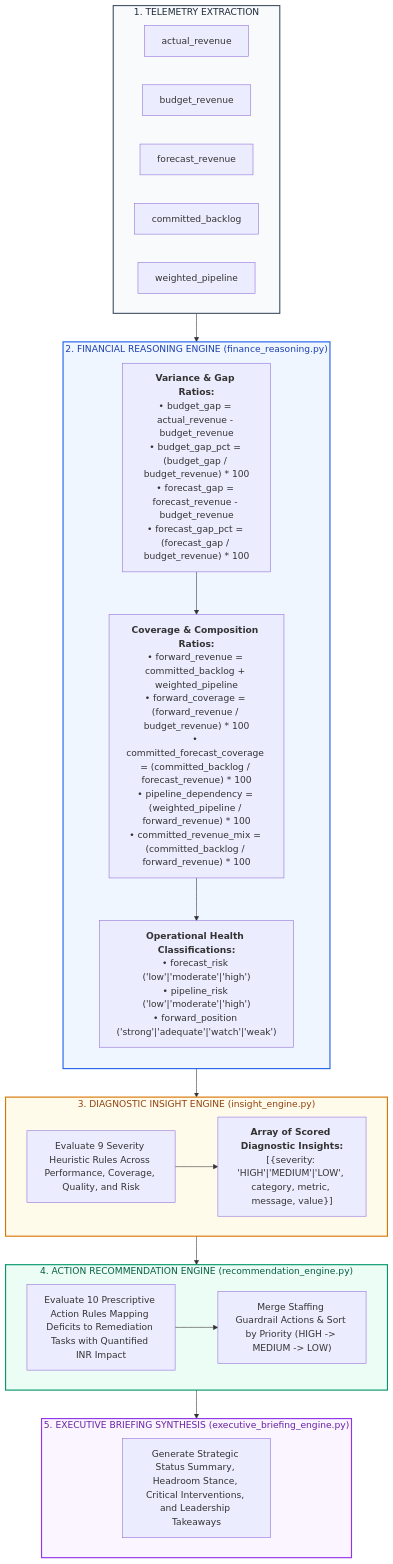
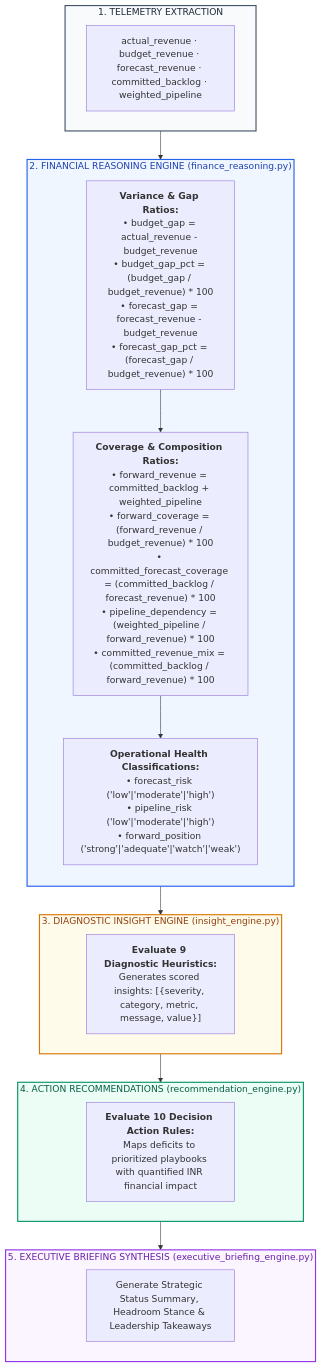
One commit to VED-VIVEK-TALMALEY/x-fin changed the first of 3 diagrams in docs/INTELLIGENCE.md. Above: the diagram before and after it, drawn with Mermaid. The commit also changed other lines of this file and 6 other files, not shown here.

````diff
--- a/docs/INTELLIGENCE.md
+++ b/docs/INTELLIGENCE.md
@@ -9,42 +9,34 @@
 ```mermaid
 flowchart TD
     subgraph S1["1. TELEMETRY EXTRACTION"]
-        T1["actual_revenue"]
-        T2["budget_revenue"]
-        T3["forecast_revenue"]
-        T4["committed_backlog"]
-        T5["weighted_pipeline"]
+        T1["actual_revenue · budget_revenue · forecast_revenue · committed_backlog · weighted_pipeline"]
     end
 
     subgraph S2["2. FINANCIAL REASONING ENGINE (finance_reasoning.py)"]
         direction TB
         R1["<b>Variance & Gap Ratios:</b><br/>• budget_gap = actual_revenue - budget_revenue<br/>• budget_gap_pct = (budget_gap / budget_revenue) * 100<br/>• forecast_gap = forecast_revenue - budget_revenue<br/>• forecast_gap_pct = (forecast_gap / budget_revenue) * 100"]
         R2["<b>Coverage & Composition Ratios:</b><br/>• forward_revenue = committed_backlog + weighted_pipeline<br/>• forward_coverage = (forward_revenue / budget_revenue) * 100<br/>• committed_forecast_coverage = (committed_backlog / forecast_revenue) * 100<br/>• pipeline_dependency = (weighted_pipeline / forward_revenue) * 100<br/>• committed_revenue_mix = (committed_backlog / forward_revenue) * 100"]
         R3["<b>Operational Health Classifications:</b><br/>• forecast_risk ('low'|'moderate'|'high')<br/>• pipeline_risk ('low'|'moderate'|'high')<br/>• forward_position ('strong'|'adequate'|'watch'|'weak')"]
         R1 --> R2 --> R3
     end
 
     subgraph S3["3. DIAGNOSTIC INSIGHT ENGINE (insight_engine.py)"]
-        I_EVAL["Evaluate 9 Severity Heuristic Rules Across Performance, Coverage, Quality, and Risk"]
-        I_SCORED["<b>Array of Scored Diagnostic Insights:</b><br/>[{severity: 'HIGH'|'MEDIUM'|'LOW', category, metric, message, value}]"]
-        I_EVAL --> I_SCORED
+        I_SCORED["<b>Evaluate 9 Diagnostic Heuristics:</b><br/>Generates scored insights: [{severity, category, metric, message, value}]"]
     end
 
-    subgraph S4["4. ACTION RECOMMENDATION ENGINE (recommendation_engine.py)"]
-        A_EVAL["Evaluate 10 Prescriptive Action Rules Mapping Deficits to Remediation Tasks with Quantified INR Impact"]
-        A_MERGE["Merge Staffing Guardrail Actions & Sort by Priority (HIGH -> MEDIUM -> LOW)"]
-        A_EVAL --> A_MERGE
+    subgraph S4["4. ACTION RECOMMENDATIONS (recommendation_engine.py)"]
+        A_REC["<b>Evaluate 10 Decision Action Rules:</b><br/>Maps deficits to prioritized playbooks with quantified INR financial impact"]
     end
 
     subgraph S5["5. EXECUTIVE BRIEFING SYNTHESIS (executive_briefing_engine.py)"]
-        B_GEN["Generate Strategic Status Summary, Headroom Stance, Critical Interventions, and Leadership Takeaways"]
+        B_GEN["Generate Strategic Status Summary, Headroom Stance & Leadership Takeaways"]
     end
 
     S1 --> S2 --> S3 --> S4 --> S5
 
     style S1 fill:#F8FAFC,stroke:#475569,stroke-width:2px,color:#1E293B
     style S2 fill:#EFF6FF,stroke:#2563EB,stroke-width:2px,color:#1E40AF
     style S3 fill:#FFFBEB,stroke:#D97706,stroke-width:2px,color:#92400E
     style S4 fill:#ECFDF5,stroke:#059669,stroke-width:2px,color:#065F46
     style S5 fill:#FAF5FF,stroke:#9333EA,stroke-width:2px,color:#6B21A8
 ```
````
